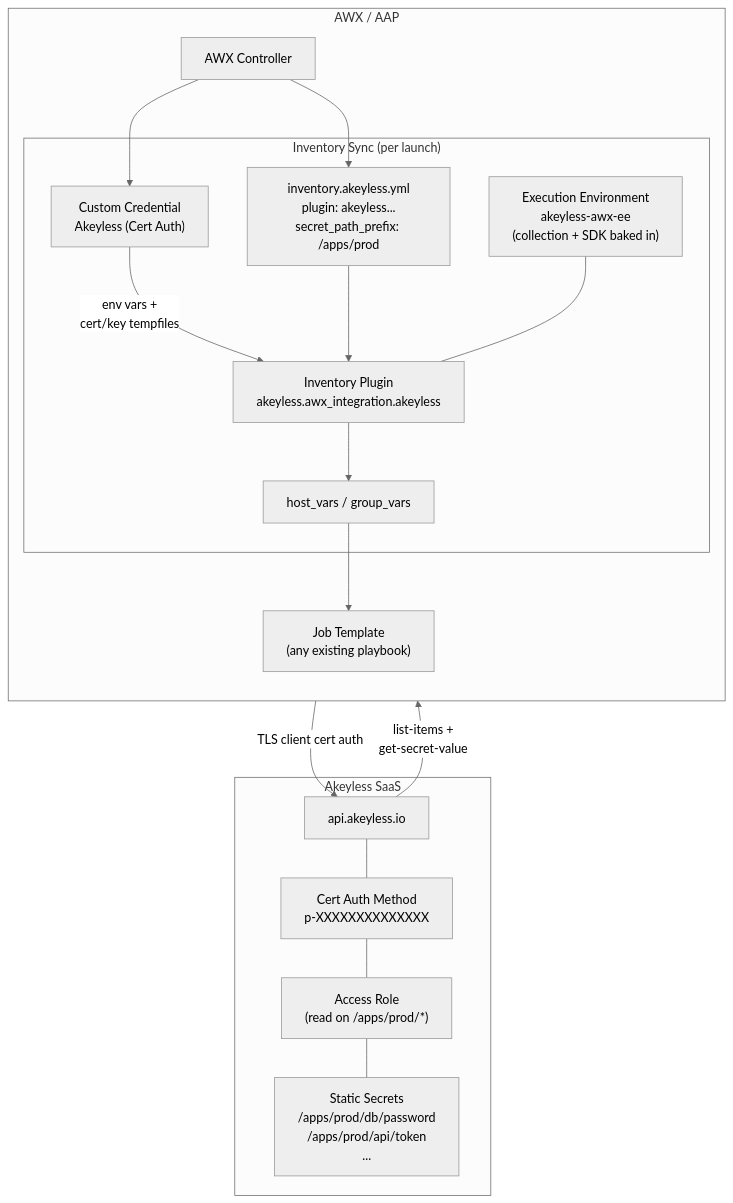
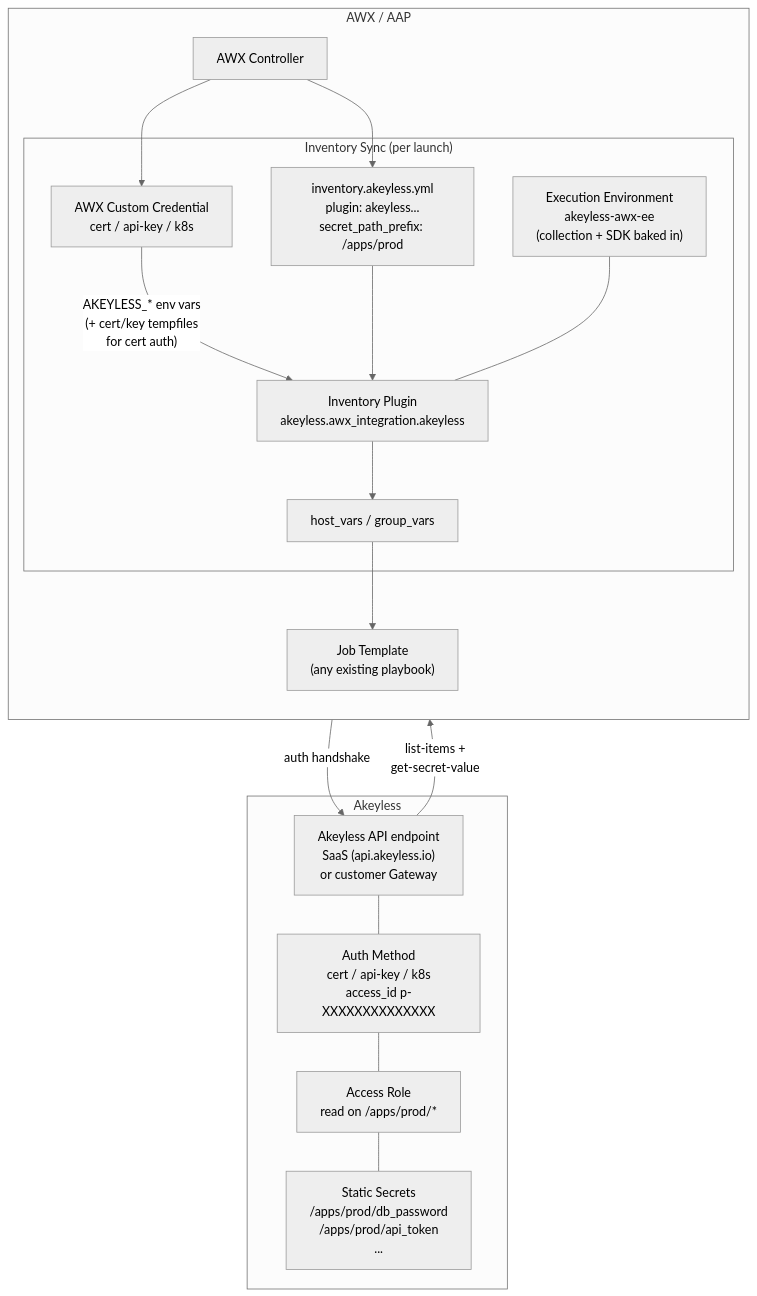
The diagram in runbooks/01-architecture-overview.md (Fahmy-Kadiri-akl/ansible-akeyless-awx), drawn with Mermaid before and after one commit. The commit also changed other lines of this file and 1 other file, not shown here.

Commit message:
docs(diagrams): make architecture diagram auth-agnostic, allow SaaS or Gateway

````diff
--- a/runbooks/01-architecture-overview.md
+++ b/runbooks/01-architecture-overview.md
@@ -25,36 +25,36 @@
 ```mermaid
 %%{init: {'theme': 'neutral'}}%%
 graph TB
     subgraph "AWX / AAP"
         direction TB
         AWX["AWX Controller"]
         subgraph "Inventory Sync (per launch)"
-            CRED["Custom Credential<br/>Akeyless (Cert Auth)"]
+            CRED["AWX Custom Credential<br/>cert / api-key / k8s"]
             INVYAML["inventory.akeyless.yml<br/>plugin: akeyless...<br/>secret_path_prefix: /apps/prod"]
             EE["Execution Environment<br/>akeyless-awx-ee<br/>(collection + SDK baked in)"]
             PLUGIN["Inventory Plugin<br/>akeyless.awx_integration.akeyless"]
             VARS["host_vars / group_vars"]
-            CRED -- "env vars +<br/>cert/key tempfiles" --> PLUGIN
+            CRED -- "AKEYLESS_* env vars<br/>(+ cert/key tempfiles<br/>for cert auth)" --> PLUGIN
             INVYAML --> PLUGIN
             EE --- PLUGIN
             PLUGIN --> VARS
         end
         JT["Job Template<br/>(any existing playbook)"]
         AWX --> CRED
         AWX --> INVYAML
         VARS --> JT
     end
 
-    subgraph "Akeyless SaaS"
-        SAAS["api.akeyless.io"]
-        CERTAUTH["Cert Auth Method<br/>p-XXXXXXXXXXXXXX"]
-        ROLE["Access Role<br/>(read on /apps/prod/*)"]
-        ITEMS["Static Secrets<br/>/apps/prod/db/password<br/>/apps/prod/api/token<br/>..."]
-        SAAS --- CERTAUTH
-        CERTAUTH --- ROLE
+    subgraph "Akeyless"
+        ENDPOINT["Akeyless API endpoint<br/>SaaS (api.akeyless.io)<br/>or customer Gateway"]
+        AUTH["Auth Method<br/>cert / api-key / k8s<br/>access_id p-XXXXXXXXXXXXXX"]
+        ROLE["Access Role<br/>read on /apps/prod/*"]
+        ITEMS["Static Secrets<br/>/apps/prod/db_password<br/>/apps/prod/api_token<br/>..."]
+        ENDPOINT --- AUTH
+        AUTH --- ROLE
         ROLE --- ITEMS
     end
 
-    PLUGIN -- "TLS client cert auth" --> SAAS
-    SAAS -- "list-items +<br/>get-secret-value" --> PLUGIN
+    PLUGIN -- "auth handshake" --> ENDPOINT
+    ENDPOINT -- "list-items +<br/>get-secret-value" --> PLUGIN
 ```
````
